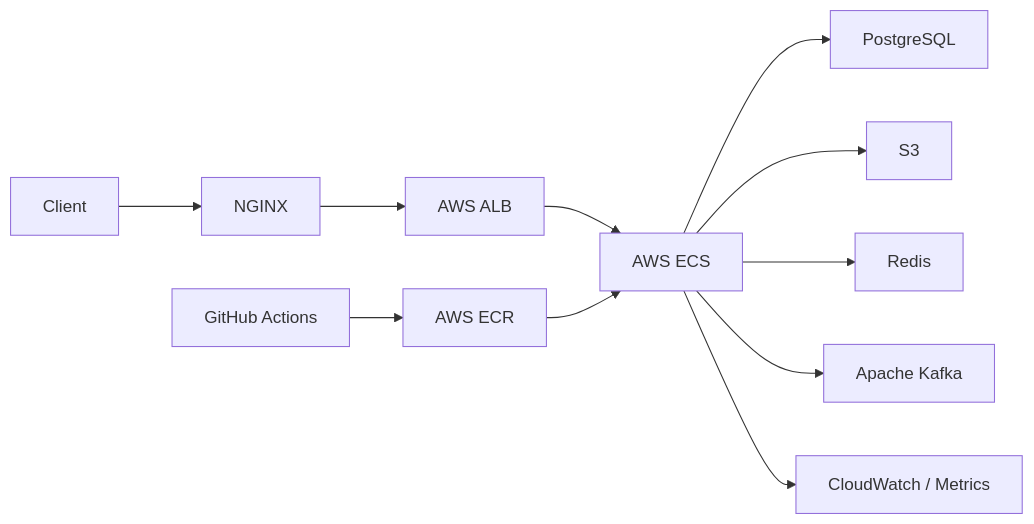
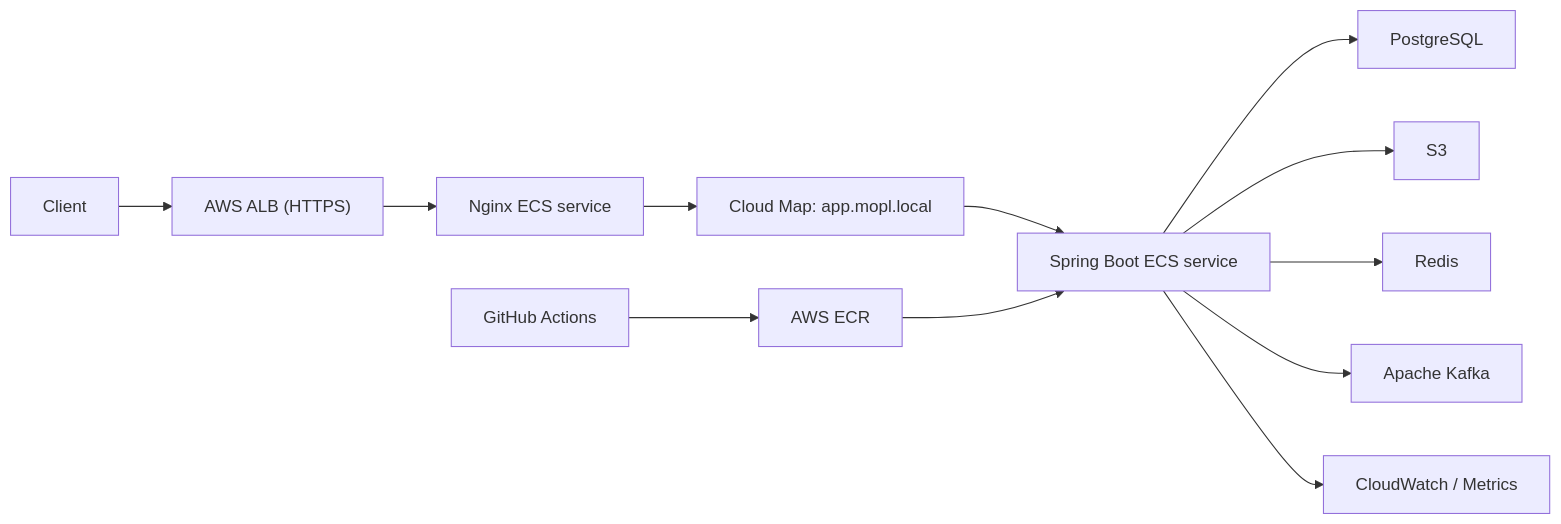
The diagram in README.md (sb09-mopl-team01/sb09-mopl-team01), drawn with Mermaid before and after one commit. The commit also changed other lines of this file and 8 other files, not shown here.

Commit message:
infra: ECS Nginx Fargate 배포 설정 정비

````diff
--- a/README.md
+++ b/README.md
@@ -45,13 +45,14 @@
 ```mermaid
 flowchart LR
-    Client["Client"] --> NGINX["NGINX"]
-    NGINX --> ALB["AWS ALB"]
-    ALB --> ECS["AWS ECS"]
+    Client["Client"] --> ALB["AWS ALB (HTTPS)"]
+    ALB --> NGINX["Nginx ECS service"]
+    NGINX --> CloudMap["Cloud Map: app.mopl.local"]
+    CloudMap --> ECS["Spring Boot ECS service"]
     ECS --> RDS["PostgreSQL"]
     ECS --> S3["S3"]
     ECS --> Redis["Redis"]
     ECS --> Kafka["Apache Kafka"]
     ECS --> CloudWatch["CloudWatch / Metrics"]
     Github["GitHub Actions"] --> ECR["AWS ECR"]
     ECR --> ECS
 ```
````
